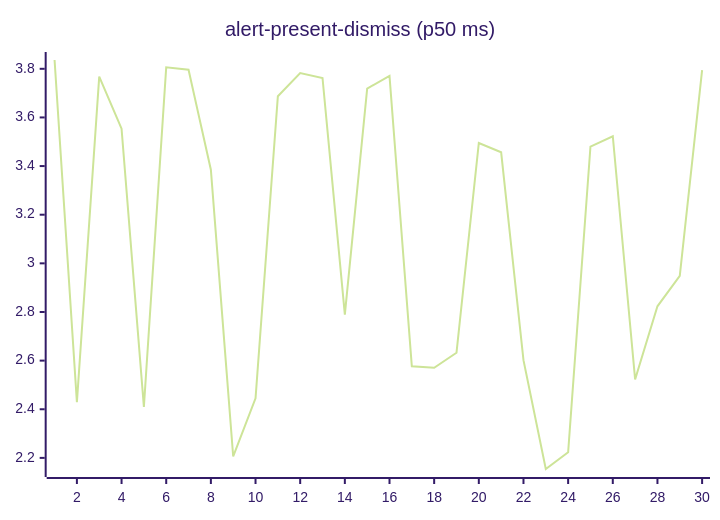
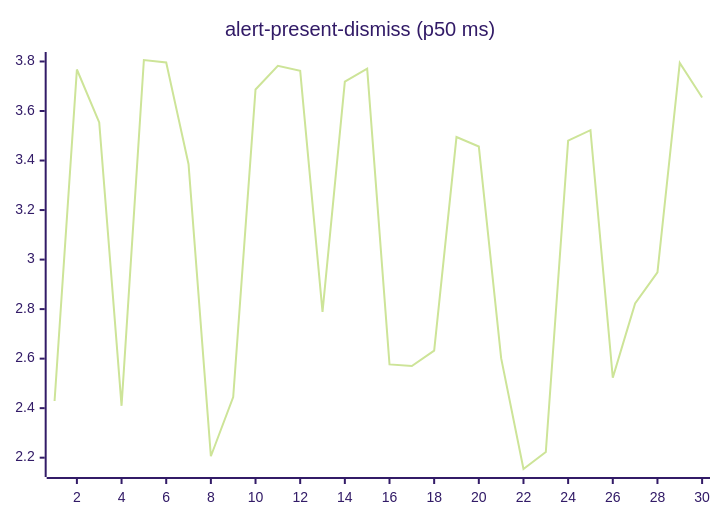
Before and after one commit to josha/Facet: the second of 27 diagrams in README.md, drawn with Mermaid (forest theme). The commit also changed other lines of this file and 2 other files, not shown here.

````diff
--- a/README.md
+++ b/README.md
@@ -70,6 +70,6 @@
 ```mermaid
 xychart-beta
     title "alert-present-dismiss (p50 ms)"
     x-axis 1 --> 30
-    line [3.8362, 2.4288, 3.7676, 3.5538, 2.4095, 3.8060, 3.7961, 3.3851, 2.2058, 2.4450, 3.6869, 3.7826, 3.7621, 2.7891, 3.7187, 3.7708, 2.5766, 2.5704, 2.6324, 3.4949, 3.4566, 2.6019, 2.1543, 2.2230, 3.4803, 3.5227, 2.5229, 2.8233, 2.9484, 3.7942]
+    line [2.4288, 3.7676, 3.5538, 2.4095, 3.8060, 3.7961, 3.3851, 2.2058, 2.4450, 3.6869, 3.7826, 3.7621, 2.7891, 3.7187, 3.7708, 2.5766, 2.5704, 2.6324, 3.4949, 3.4566, 2.6019, 2.1543, 2.2230, 3.4803, 3.5227, 2.5229, 2.8233, 2.9484, 3.7942, 3.6546]
 ```
````
